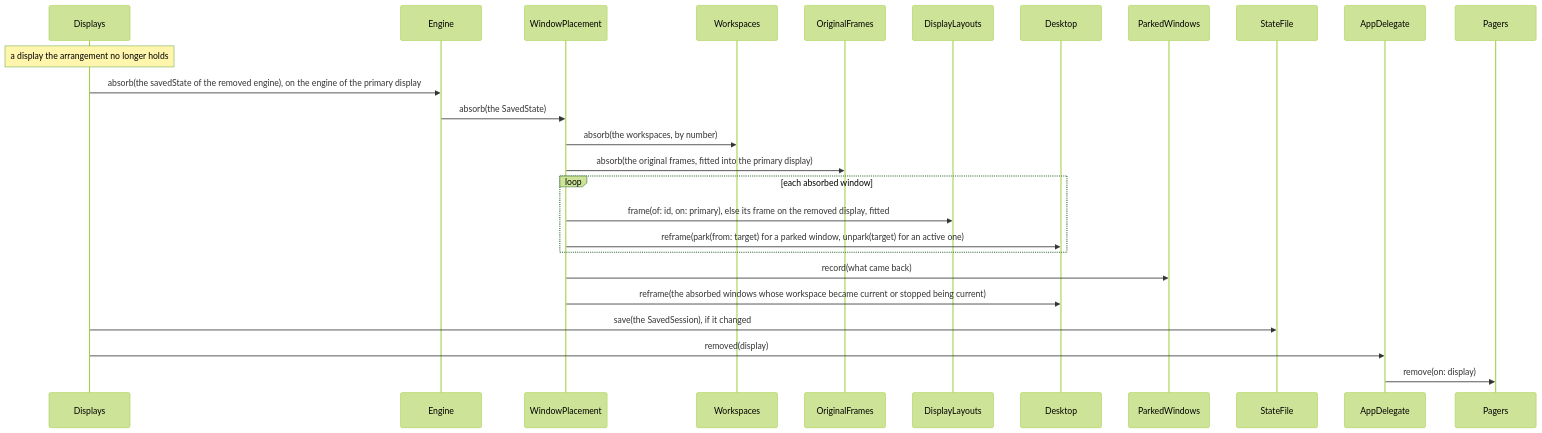
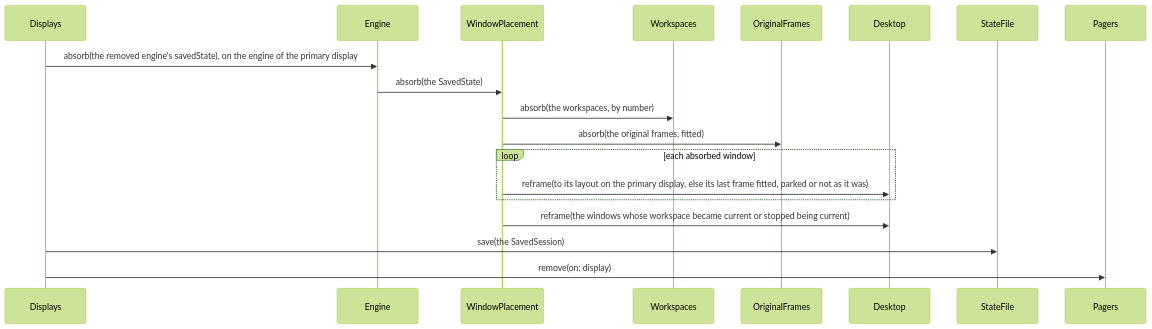
Diagram 17 of 25 in ARCHITECTURE.md (brennovich/ottowm), drawn with Mermaid (forest theme) before and after one commit. The commit also changed other lines of this file, not shown here.

````diff
--- a/ARCHITECTURE.md
+++ b/ARCHITECTURE.md
@@ -465,17 +418,13 @@
 ```mermaid
 sequenceDiagram
-    Note over Displays: a display the arrangement no longer holds
-    Displays->>Engine: absorb(the savedState of the removed engine), on the engine of the primary display
+    Displays->>Engine: absorb(the removed engine's savedState), on the engine of the primary display
     Engine->>WindowPlacement: absorb(the SavedState)
     WindowPlacement->>Workspaces: absorb(the workspaces, by number)
-    WindowPlacement->>OriginalFrames: absorb(the original frames, fitted into the primary display)
+    WindowPlacement->>OriginalFrames: absorb(the original frames, fitted)
     loop each absorbed window
-        WindowPlacement->>DisplayLayouts: frame(of: id, on: primary), else its frame on the removed display, fitted
-        WindowPlacement->>Desktop: reframe(park(from: target) for a parked window, unpark(target) for an active one)
+        WindowPlacement->>Desktop: reframe(to its layout on the primary display, else its last frame fitted, parked or not as it was)
     end
-    WindowPlacement->>ParkedWindows: record(what came back)
-    WindowPlacement->>Desktop: reframe(the absorbed windows whose workspace became current or stopped being current)
-    Displays->>StateFile: save(the SavedSession), if it changed
-    Displays->>AppDelegate: removed(display)
-    AppDelegate->>Pagers: remove(on: display)
+    WindowPlacement->>Desktop: reframe(the windows whose workspace became current or stopped being current)
+    Displays->>StateFile: save(the SavedSession)
+    Displays->>Pagers: remove(on: display)
 ```
````
